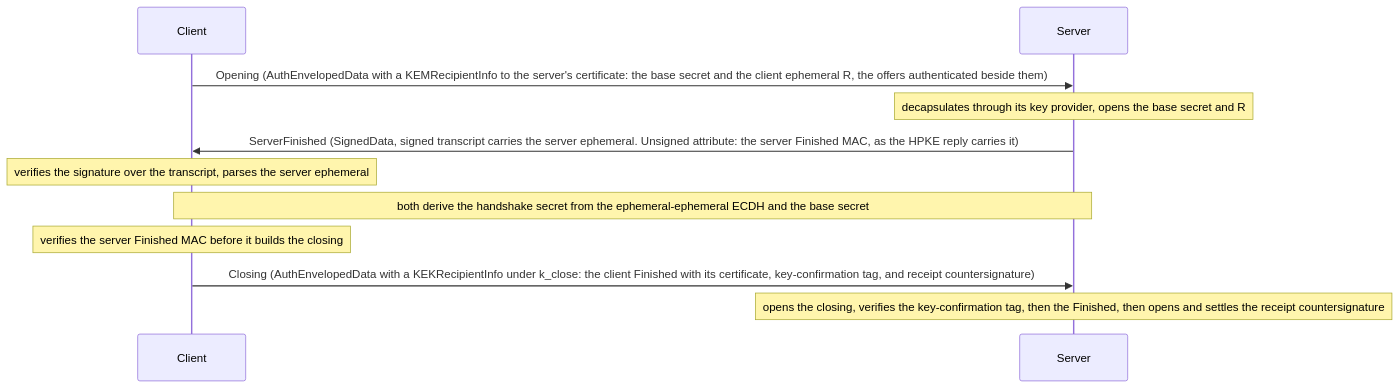
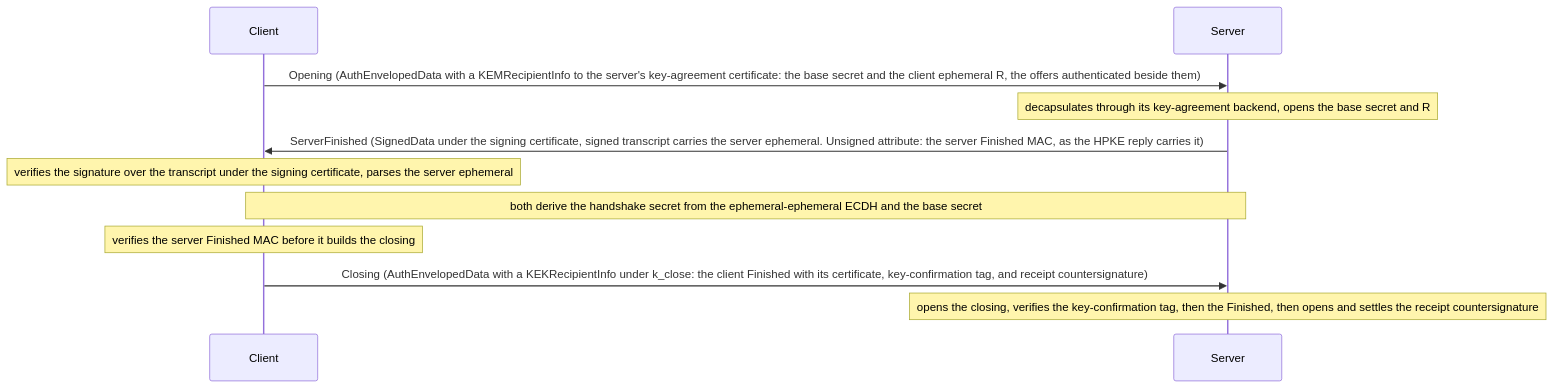
One commit to wahidgroup/tightbeam changed the third of 6 diagrams in docs/handshake.md. Above: the diagram before and after it, drawn with Mermaid. The commit also changed other lines of this file and 85 other files, not shown here.

Commit message:
fix(crypto)!: admit each certificate for its one use and key

````diff
--- a/docs/handshake.md
+++ b/docs/handshake.md
@@ -134,13 +134,13 @@
 ```mermaid
 sequenceDiagram
     participant C as Client
     participant S as Server
-    C->>S: Opening (AuthEnvelopedData with a KEMRecipientInfo to the server's certificate: the base secret and the client ephemeral R, the offers authenticated beside them)
-    Note over S: decapsulates through its key provider, opens the base secret and R
-    S->>C: ServerFinished (SignedData, signed transcript carries the server ephemeral. Unsigned attribute: the server Finished MAC, as the HPKE reply carries it)
-    Note over C: verifies the signature over the transcript, parses the server ephemeral
+    C->>S: Opening (AuthEnvelopedData with a KEMRecipientInfo to the server's key-agreement certificate: the base secret and the client ephemeral R, the offers authenticated beside them)
+    Note over S: decapsulates through its key-agreement backend, opens the base secret and R
+    S->>C: ServerFinished (SignedData under the signing certificate, signed transcript carries the server ephemeral. Unsigned attribute: the server Finished MAC, as the HPKE reply carries it)
+    Note over C: verifies the signature over the transcript under the signing certificate, parses the server ephemeral
     Note over C,S: both derive the handshake secret from the ephemeral-ephemeral ECDH and the base secret
     Note over C: verifies the server Finished MAC before it builds the closing
     C->>S: Closing (AuthEnvelopedData with a KEKRecipientInfo under k_close: the client Finished with its certificate, key-confirmation tag, and receipt countersignature)
     Note over S: opens the closing, verifies the key-confirmation tag, then the Finished, then opens and settles the receipt countersignature
 ```
````
